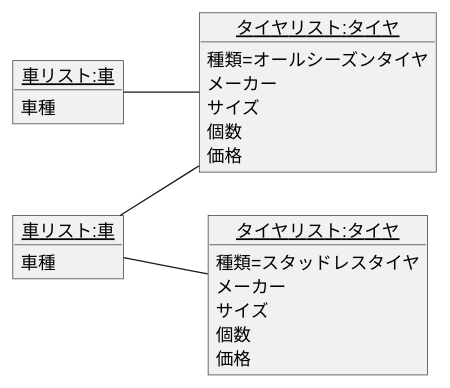
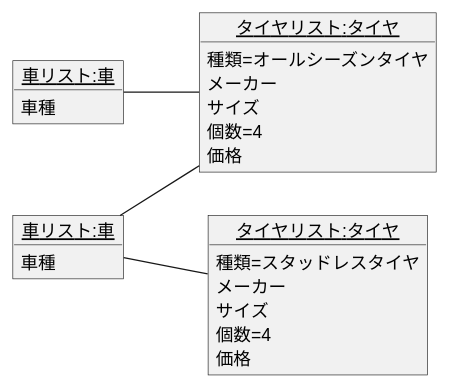
The diagram in 演習3-4_オブジェクト図.pu (krij9319/uml-introduction), drawn with PlantUML before and after one commit.

Commit message:
演習3-4_オブジェクト図の再修正

```diff
--- a/演習3-4_オブジェクト図.pu
+++ b/演習3-4_オブジェクト図.pu
@@ -1,30 +1,30 @@
 @startuml 演習3-4
     left to right direction
     object "<u>車リスト:車</u>" as car1{
         車種
     }
 
     object "<u>車リスト:車</u>" as car2{
         車種
     }
 
     object "<u>タイヤリスト:タイヤ</u>" as tire1{
         種類=オールシーズンタイヤ
         メーカー
         サイズ
-        個数
+        個数=4
         価格
     }
 
     object "<u>タイヤリスト:タイヤ</u>" as tire2{
         種類=スタッドレスタイヤ
         メーカー
         サイズ
-        個数
+        個数=4
         価格
     }
 
     car1 -- tire1
     car1 -- tire2
     car2 -- tire1
 @enduml
```
